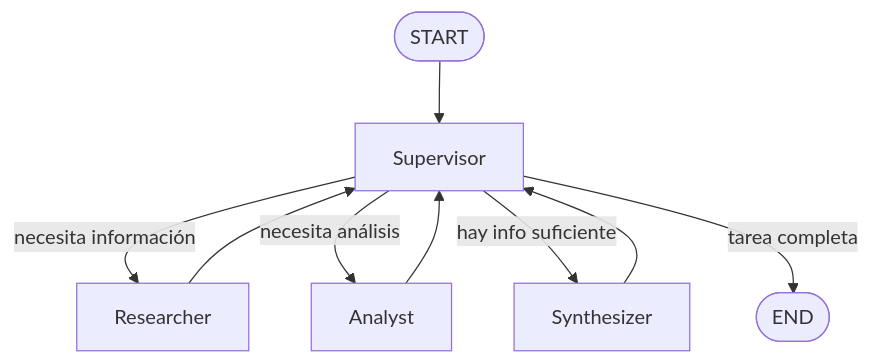
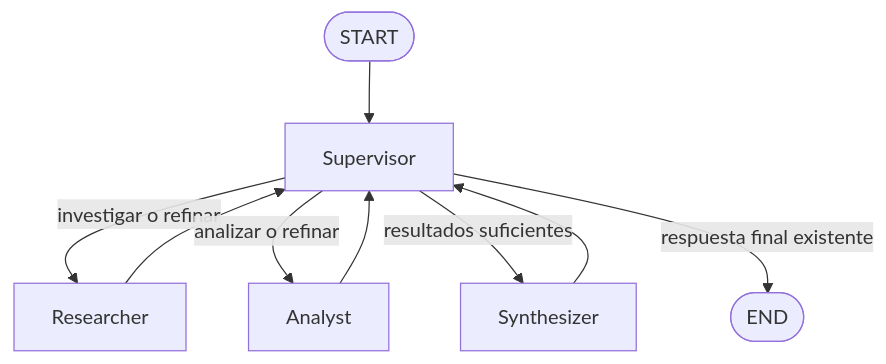
Before and after one commit to agustincoronel1/Curso-IA-Engineering: the diagram in pre_entrega_6/README.md, drawn with Mermaid. The commit also changed other lines of this file and 9 other files, not shown here.

````diff
--- a/pre_entrega_6/README.md
+++ b/pre_entrega_6/README.md
@@ -35,11 +42,11 @@
 ```mermaid
 flowchart TD
     START([START]) --> Supervisor
-    Supervisor -->|necesita información| Researcher
+    Supervisor -->|investigar o refinar| Researcher
     Researcher --> Supervisor
-    Supervisor -->|necesita análisis| Analyst
+    Supervisor -->|analizar o refinar| Analyst
     Analyst --> Supervisor
-    Supervisor -->|hay info suficiente| Synthesizer
+    Supervisor -->|resultados suficientes| Synthesizer
     Synthesizer --> Supervisor
-    Supervisor -->|tarea completa| END([END])
+    Supervisor -->|respuesta final existente| END([END])
 ```
````
